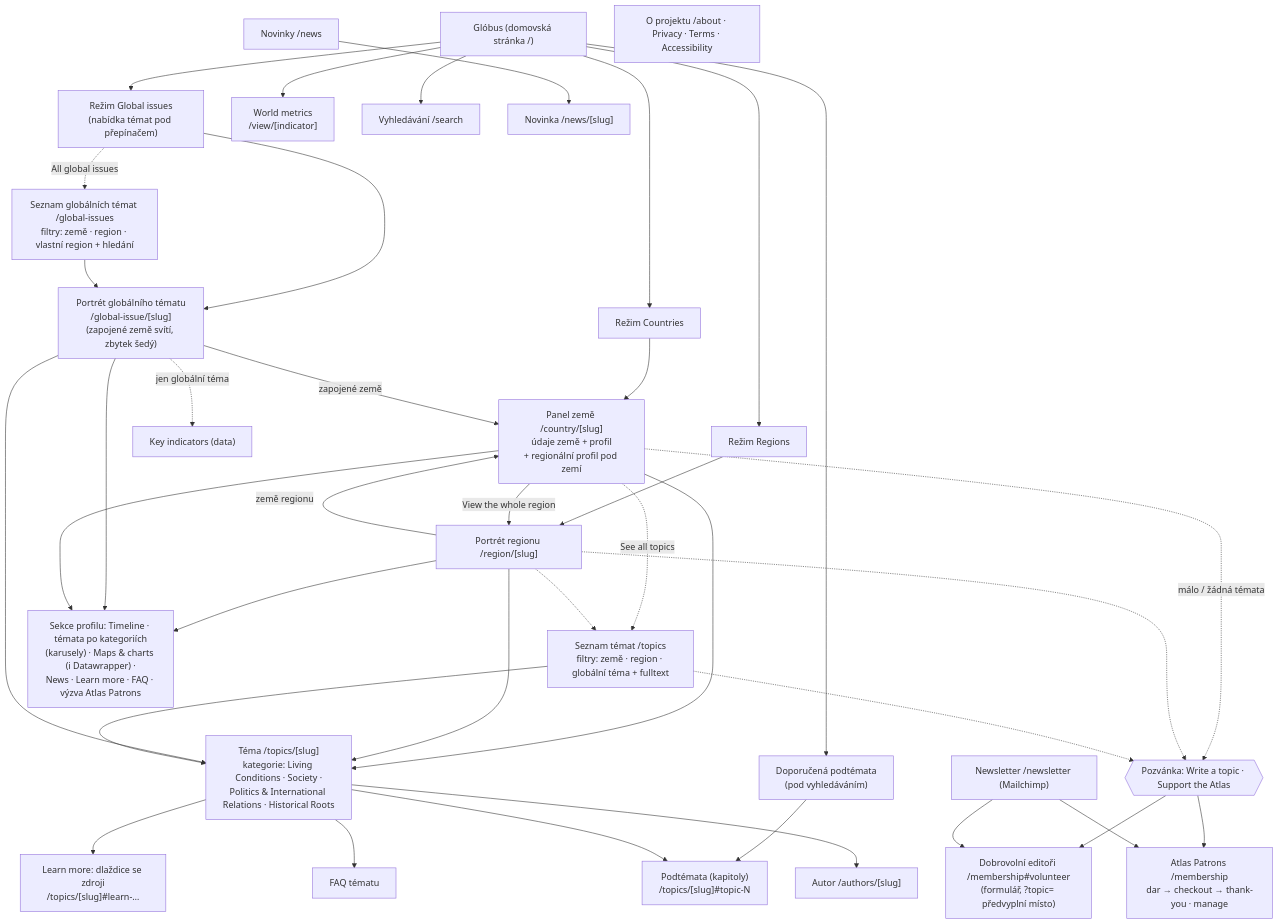
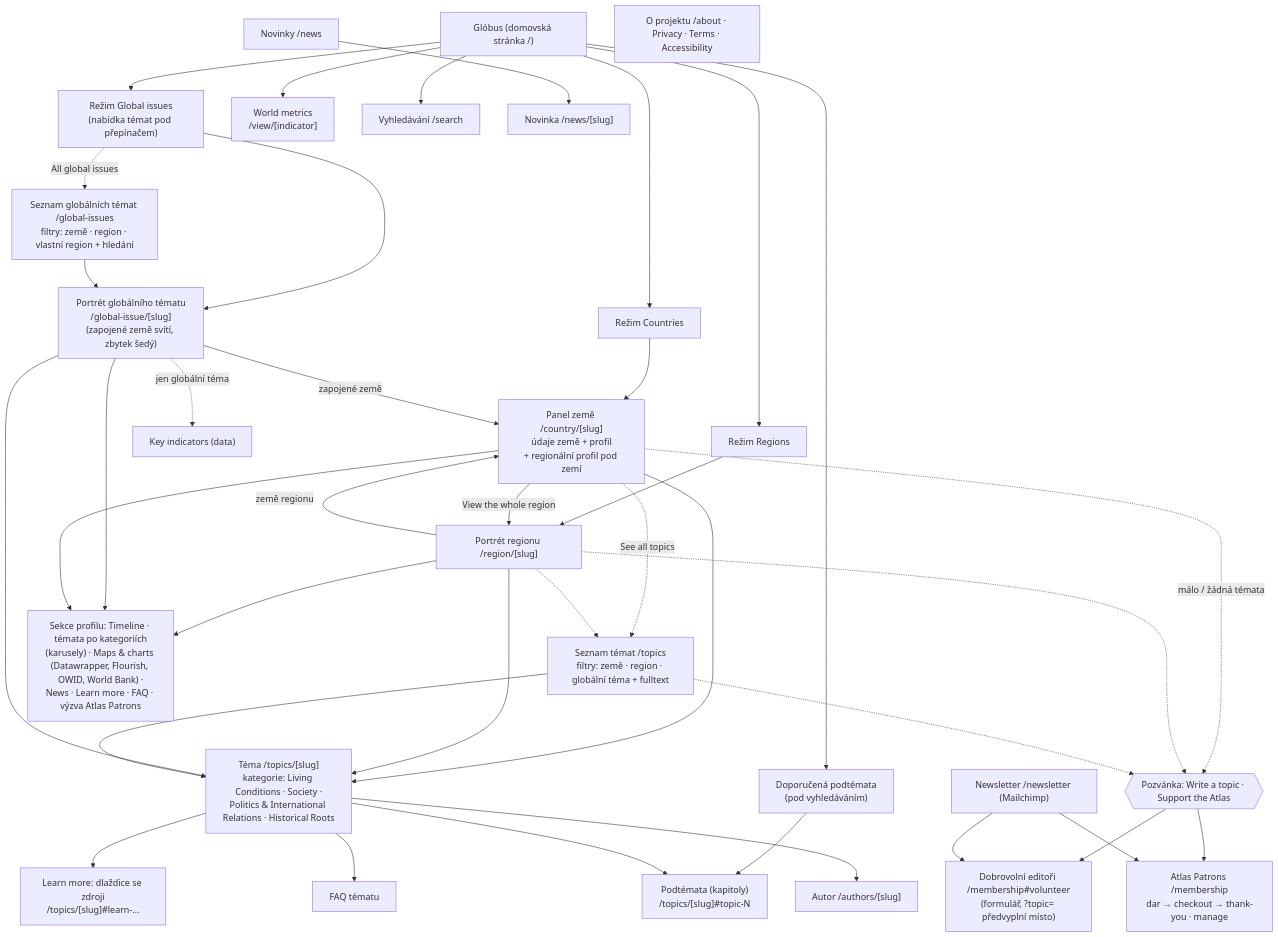
Before and after one commit to Atlas-of-Today-s-World/atlas-of-todays-world: the first of 2 diagrams in docs/architecture/mapa-webu.md, drawn with Mermaid. The commit also changed other lines of this file and 51 other files, not shown here.

First line of the commit message:
feat(visuals): Maps & charts for regions, global issues, topics and subtopics

````diff
--- a/docs/architecture/mapa-webu.md
+++ b/docs/architecture/mapa-webu.md
@@ -15,54 +15,54 @@
 ```mermaid
 flowchart TD
   Home["Glóbus (domovská stránka /)"]
   Home --> M1["Režim Countries"]
   Home --> M2["Režim Regions"]
   Home --> M3["Režim Global issues<br/>(nabídka témat pod přepínačem)"]
   Home --> Metrics["World metrics<br/>/view/[indicator]"]
   Home --> Featured["Doporučená podtémata<br/>(pod vyhledáváním)"]
   Home --> Search["Vyhledávání /search"]
 
   M1 --> Country["Panel země /country/[slug]<br/>údaje země + profil<br/>+ regionální profil pod zemí"]
   M2 --> Region["Portrét regionu /region/[slug]"]
   M3 --> Issue["Portrét globálního tématu<br/>/global-issue/[slug]<br/>(zapojené země svítí, zbytek šedý)"]
   Country -->|"View the whole region"| Region
   Region -->|"země regionu"| Country
   Issue -->|"zapojené země"| Country
 
   Country --> Topic
   Region --> Topic
   Issue --> Topic
   Featured --> Subtopic
 
   Topics["Seznam témat /topics<br/>filtry: země · region · globální téma + fulltext"] --> Topic
   Issues["Seznam globálních témat /global-issues<br/>filtry: země · region · vlastní region + hledání"] --> Issue
   M3 -.->|"All global issues"| Issues
   Country -.->|"See all topics"| Topics
   Region -.-> Topics
 
   Topic["Téma /topics/[slug]<br/>kategorie: Living Conditions · Society ·<br/>Politics & International Relations · Historical Roots"]
   Topic --> Subtopic["Podtémata (kapitoly)<br/>/topics/[slug]#topic-N"]
   Topic --> LearnMore["Learn more: dlaždice se zdroji<br/>/topics/[slug]#learn-…"]
   Topic --> TopicFaq["FAQ tématu"]
   Topic --> Author["Autor /authors/[slug]"]
 
-  Region --> Portrait["Sekce profilu: Timeline · témata po kategoriích<br/>(karusely) · Maps & charts (i Datawrapper) ·<br/>News · Learn more · FAQ · výzva Atlas Patrons"]
+  Region --> Portrait["Sekce profilu: Timeline · témata po kategoriích<br/>(karusely) · Maps & charts (Datawrapper, Flourish, OWID, World Bank) ·<br/>News · Learn more · FAQ · výzva Atlas Patrons"]
   Issue --> Portrait
   Country --> Portrait
   Issue -.->|"jen globální téma"| KeyInd["Key indicators (data)"]
 
   News["Novinky /news"] --> NewsItem["Novinka /news/[slug]"]
 
   Country -.->|"málo / žádná témata"| Invite{{"Pozvánka: Write a topic · Support the Atlas"}}
   Region -.-> Invite
   Topics -.-> Invite
   Invite --> Volunteer
   Invite --> Patrons
 
   Patrons["Atlas Patrons /membership<br/>dar → checkout → thank-you · manage"]
   Volunteer["Dobrovolní editoři /membership#volunteer<br/>(formulář, ?topic= předvyplní místo)"]
   Newsletter["Newsletter /newsletter (Mailchimp)"]
   Newsletter --> Patrons
   Newsletter --> Volunteer
   About["O projektu /about · Privacy · Terms · Accessibility"]
 ```
````
